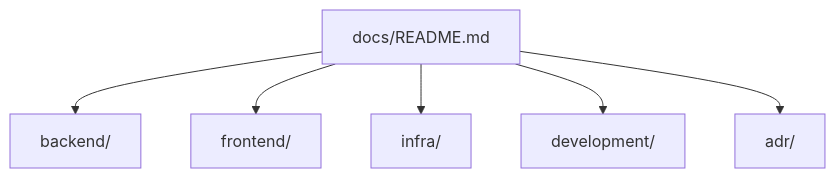
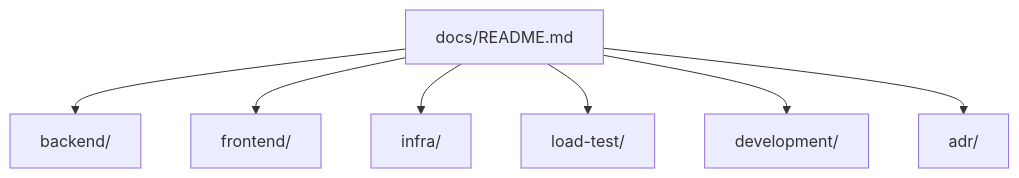
One commit to rafty/Todo-ECS-Observability-Sample changed the diagram in docs/README.md. Above: the diagram before and after it, drawn with Mermaid. The commit also changed other lines of this file and 2 other files, not shown here.

````diff
--- a/docs/README.md
+++ b/docs/README.md
@@ -20,15 +21,17 @@
 ```mermaid
 flowchart TB
   ROOT[docs/README.md]
   B[backend/]
   F[frontend/]
   I[infra/]
+  L[load-test/]
   D[development/]
   A[adr/]
 
   ROOT --> B
   ROOT --> F
   ROOT --> I
+  ROOT --> L
   ROOT --> D
   ROOT --> A
 ```
````
